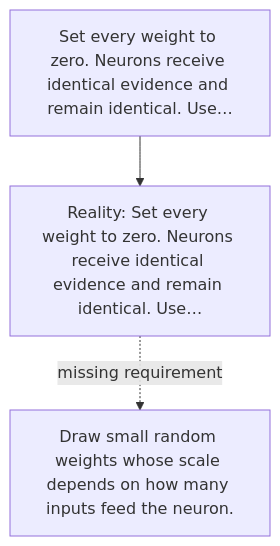
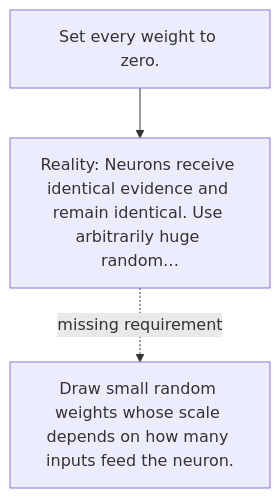
One commit to kleem-labs/AI-Archaeology changed the diagram in excavations/029-initialization/diagram.md. Above: the diagram before and after it, drawn with Mermaid. The commit also changed other lines of this file and 165 other files, not shown here.

````diff
--- a/excavations/029-initialization/diagram.md
+++ b/excavations/029-initialization/diagram.md
@@ -5,5 +5,5 @@
 ```mermaid
 flowchart TD
-    A["Set every weight to zero. Neurons receive identical evidence and remain identical. Use…"] --> B["Reality: Set every weight to zero. Neurons receive identical evidence and remain identical. Use…"]
+    A["Set every weight to zero."] --> B["Reality: Neurons receive identical evidence and remain identical. Use arbitrarily huge random…"]
     B -. "missing requirement" .-> C["Draw small random weights whose scale depends on how many inputs feed the neuron."]
 ```
````
